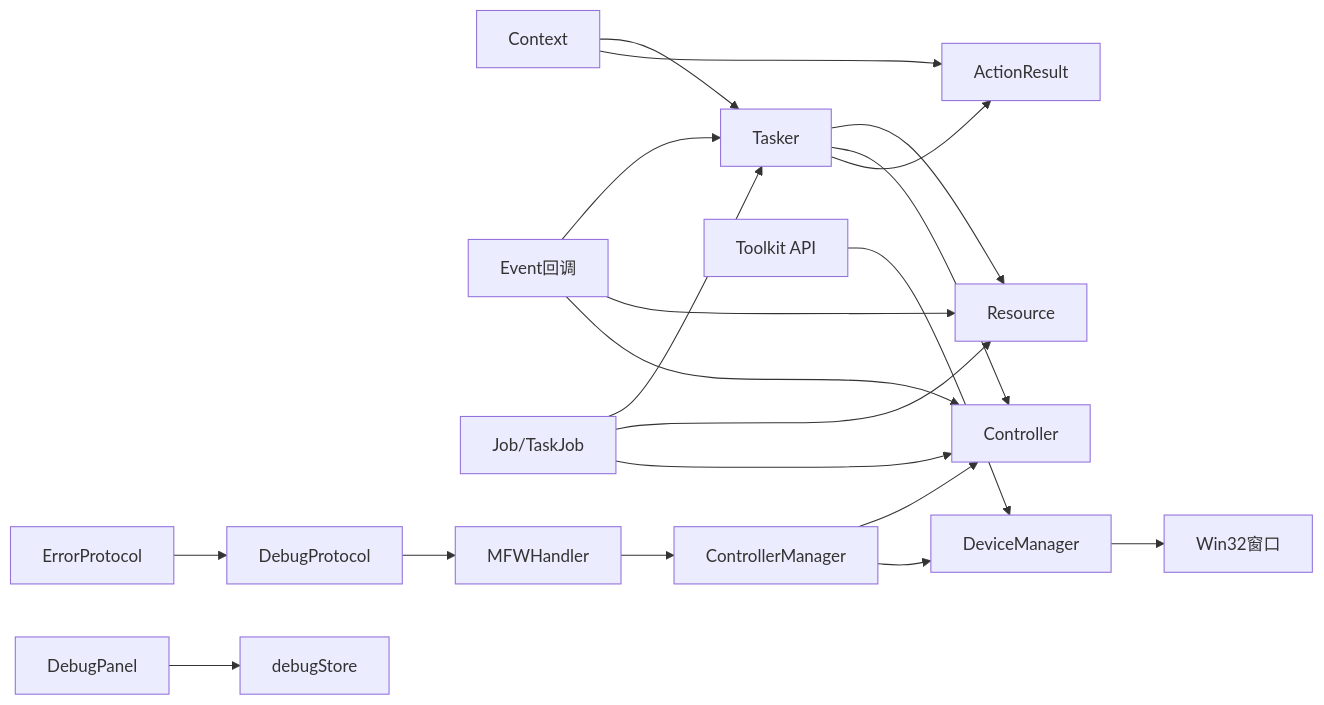
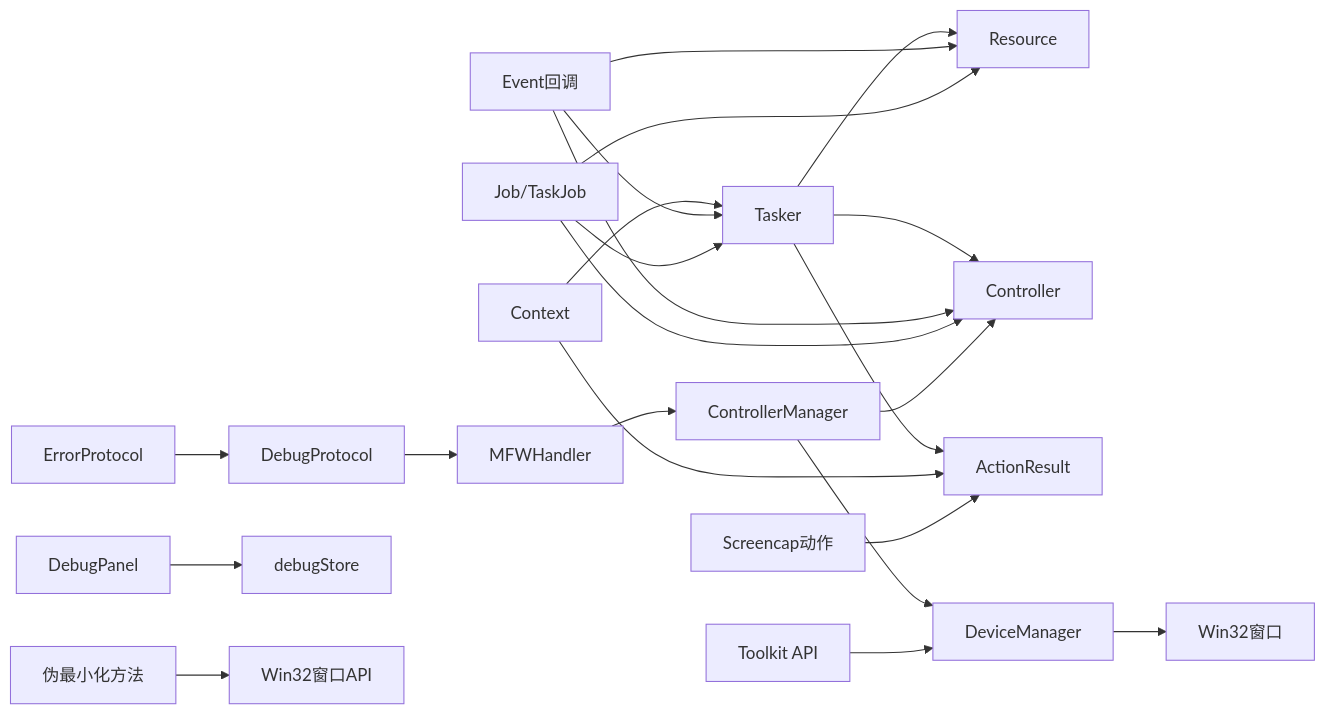
Diagram 11 of 11 in .qoder/repowiki/zh/content/API 参考/maafw-golang API 参考.md (kqcoxn/MaaPipelineEditor), drawn with Mermaid before and after one commit. The commit also changed other lines of this file and 14 other files, not shown here.

````diff
--- a/.qoder/repowiki/zh/content/API 参考/maafw-golang API 参考.md
+++ b/.qoder/repowiki/zh/content/API 参考/maafw-golang API 参考.md
@@ -715,22 +778,24 @@
 ```mermaid
 graph LR
 Tasker["Tasker"] --> Resource["Resource"]
 Tasker --> Controller["Controller"]
 Tasker --> ActionResult["ActionResult"]
 Context["Context"] --> Tasker
 Context --> ActionResult
 Event["Event回调"] --> Tasker
 Event --> Resource
 Event --> Controller
 Job["Job/TaskJob"] --> Tasker
 Job --> Resource
 Job --> Controller
 ControllerManager["ControllerManager"] --> Controller
 ControllerManager --> DeviceManager["DeviceManager"]
 DeviceManager --> Win32Windows["Win32窗口"]
 MFWHandler["MFWHandler"] --> ControllerManager
 DebugProtocol["DebugProtocol"] --> MFWHandler
 ErrorProtocol["ErrorProtocol"] --> DebugProtocol
 DebugPanel["DebugPanel"] --> DebugStore["debugStore"]
 ToolkitAPI["Toolkit API"] --> DeviceManager
+Screencap["Screencap动作"] --> ActionResult
+PseudoMinimize["伪最小化方法"] --> Win32API["Win32窗口API"]
 ```
````
